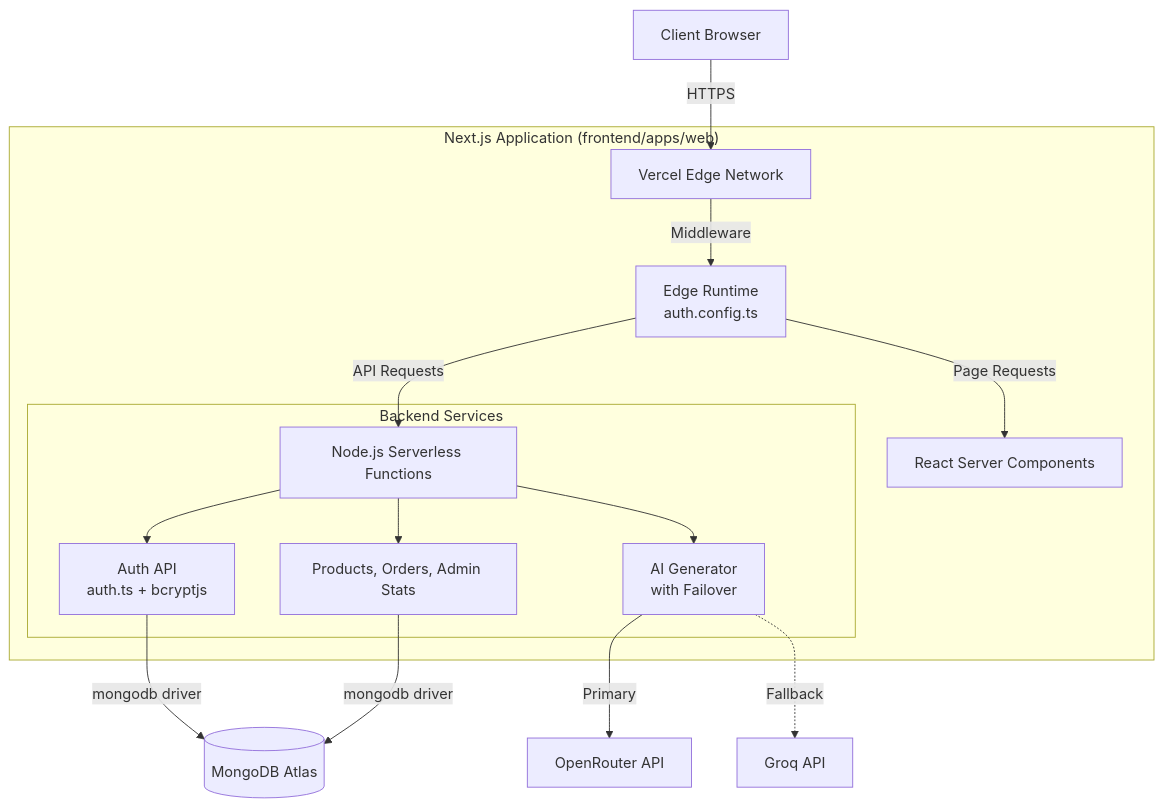
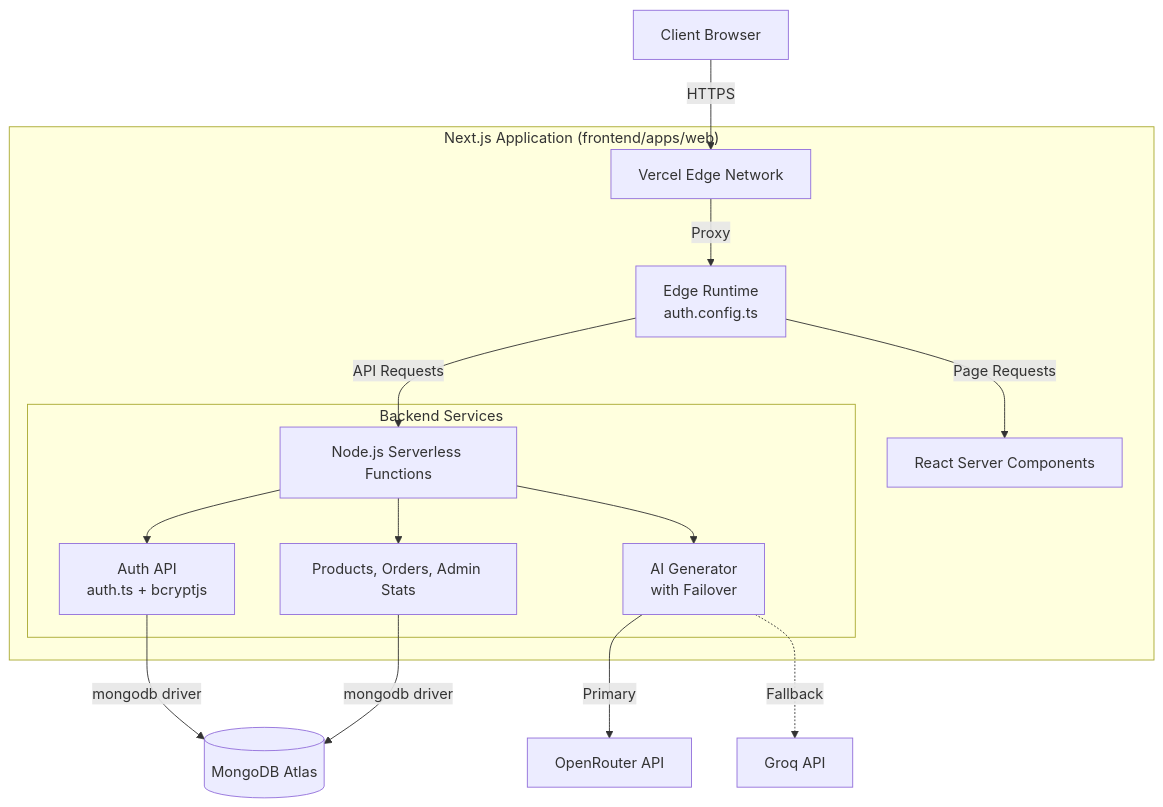
The diagram in README.md (pranav-pachn/modern-mart), drawn with Mermaid before and after one commit. The commit also changed 6 other files, not shown here.

````diff
--- a/README.md
+++ b/README.md
@@ -34,22 +34,22 @@
 ```mermaid
 graph TD
     Client[Client Browser] -->|HTTPS| Vercel[Vercel Edge Network]
     
     subgraph "Next.js Application (frontend/apps/web)"
-        Vercel -->|Middleware| EdgeAuth[Edge Runtime<br>auth.config.ts]
+        Vercel -->|Proxy| EdgeAuth[Edge Runtime<br>auth.config.ts]
         EdgeAuth -->|API Requests| NodeRuntime[Node.js Serverless Functions]
         EdgeAuth -->|Page Requests| React[React Server Components]
         
         subgraph "Backend Services"
             NodeRuntime --> AuthAPI[Auth API<br>auth.ts + bcryptjs]
             NodeRuntime --> CoreAPI[Products, Orders, Admin Stats]
             NodeRuntime --> AIAPI[AI Generator<br>with Failover]
         end
     end
     
     AuthAPI -->|mongodb driver| MongoDB[(MongoDB Atlas)]
     CoreAPI -->|mongodb driver| MongoDB
     
     AIAPI -->|Primary| OpenRouter[OpenRouter API]
     AIAPI -.->|Fallback| Groq[Groq API]
 ```
````
